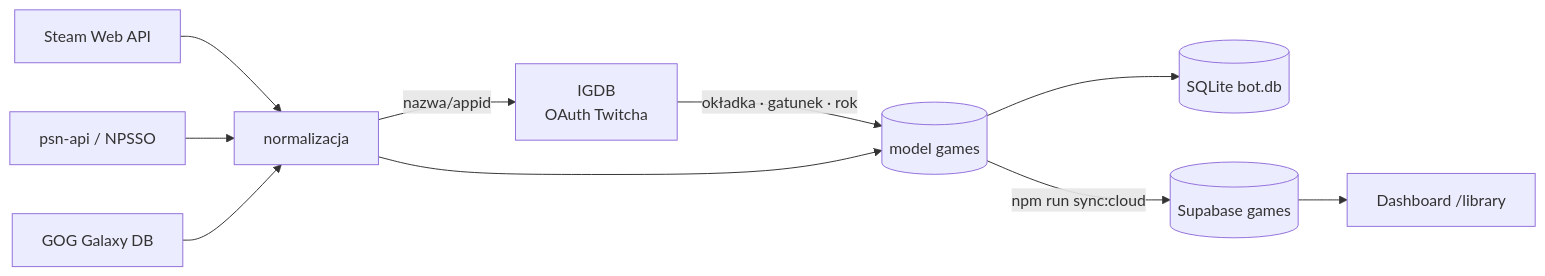
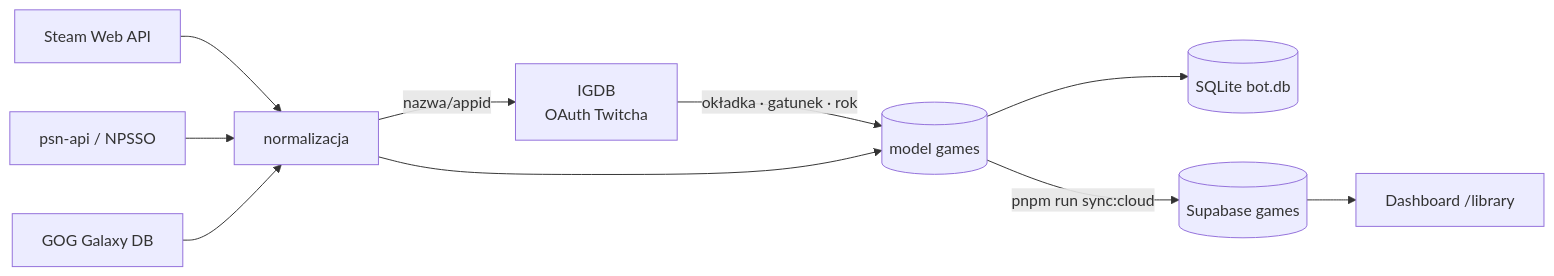
The second of 5 diagrams in docs/ARCHITECTURE.md (Gh0s777tt/E-Bot), drawn with Mermaid before and after one commit. The commit also changed 14 other files, not shown here.

````diff
--- a/docs/ARCHITECTURE.md
+++ b/docs/ARCHITECTURE.md
@@ -51,10 +51,10 @@
 ```mermaid
 flowchart LR
   S[Steam Web API] & P[psn-api / NPSSO] & G[GOG Galaxy DB] --> N[normalizacja]
   N -->|nazwa/appid| I[IGDB<br/>OAuth Twitcha]
   I -->|okładka · gatunek · rok| M[(model games)]
   N --> M
   M --> SQ[(SQLite bot.db)]
-  M -->|npm run sync:cloud| SUP[(Supabase games)]
+  M -->|pnpm run sync:cloud| SUP[(Supabase games)]
   SUP --> DB[Dashboard /library]
 ```
````
